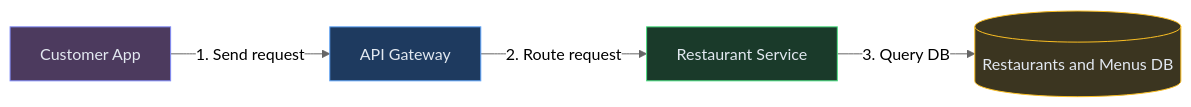
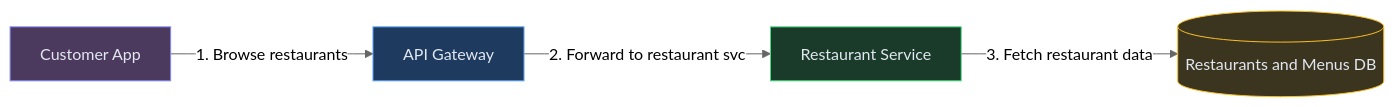
Before and after one commit to iluzn/HLD-Designs: the second of 12 diagrams in content/hld/Zomato.md, drawn with Mermaid (neutral theme). The commit also changed other lines of this file and 27 other files, not shown here.

````diff
--- a/content/hld/Zomato.md
+++ b/content/hld/Zomato.md
@@ -158,16 +158,16 @@
 ```mermaid
 flowchart LR
     CUST["Customer App"]:::client
     GW["API Gateway"]:::edge
     RESTSVC["Restaurant Service"]:::service
     DB[("Restaurants and Menus DB")]:::data
 
-    CUST -->|"1. Send request"| GW
-    GW -->|"2. Route request"| RESTSVC
-    RESTSVC -->|"3. Query DB"| DB
+    CUST -->|"1. Browse restaurants"| GW
+    GW -->|"2. Forward to restaurant svc"| RESTSVC
+    RESTSVC -->|"3. Fetch restaurant data"| DB
 
     classDef client fill:#4c3a5e,stroke:#818cf8,color:#e2e8f0
     classDef edge fill:#1e3a5f,stroke:#60a5fa,color:#e2e8f0
     classDef service fill:#1a3a2a,stroke:#4ade80,color:#e2e8f0
     classDef data fill:#3b3520,stroke:#fbbf24,color:#e2e8f0
 ```
````
